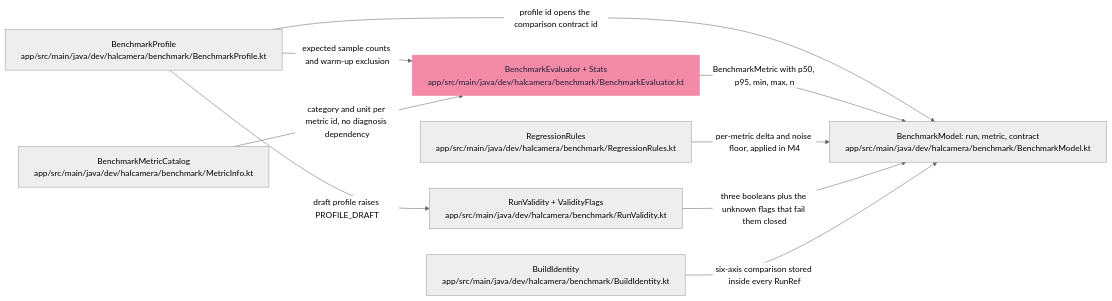
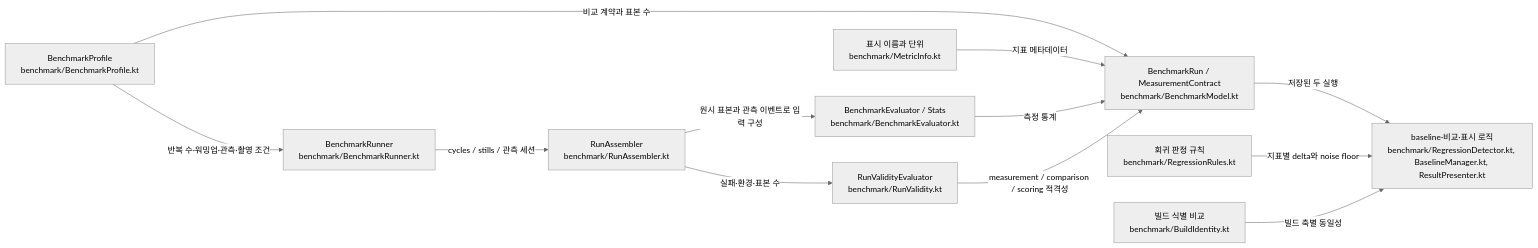
One commit to TTolsun/hal-camera changed the diagram in .omm/overall-architecture/benchmark/diagram.mmd. Above: the diagram before and after it, drawn with Mermaid (neutral theme). The commit also changed 73 other files, not shown here.

Commit message:
Fix guide freshness checks and refresh documented camera flows

```diff
--- a/.omm/overall-architecture/benchmark/diagram.mmd
+++ b/.omm/overall-architecture/benchmark/diagram.mmd
@@ -1,20 +1,22 @@
 graph LR
-    benchmark-profile["BenchmarkProfile\napp/src/main/java/dev/halcamera/benchmark/BenchmarkProfile.kt"]
-    benchmark-model["BenchmarkModel: run, metric, contract\napp/src/main/java/dev/halcamera/benchmark/BenchmarkModel.kt"]
-    benchmark-evaluator["BenchmarkEvaluator + Stats\napp/src/main/java/dev/halcamera/benchmark/BenchmarkEvaluator.kt"]
-    metric-info["BenchmarkMetricCatalog\napp/src/main/java/dev/halcamera/benchmark/MetricInfo.kt"]
-    regression-rules["RegressionRules\napp/src/main/java/dev/halcamera/benchmark/RegressionRules.kt"]
-    run-validity["RunValidity + ValidityFlags\napp/src/main/java/dev/halcamera/benchmark/RunValidity.kt"]
-    build-identity["BuildIdentity\napp/src/main/java/dev/halcamera/benchmark/BuildIdentity.kt"]
-
-    benchmark-profile -->|"profile id opens the comparison contract id"| benchmark-model
-    benchmark-profile -->|"expected sample counts and warm-up exclusion"| benchmark-evaluator
-    metric-info -->|"category and unit per metric id, no diagnosis dependency"| benchmark-evaluator
-    benchmark-evaluator -->|"BenchmarkMetric with p50, p95, min, max, n"| benchmark-model
-    regression-rules -->|"per-metric delta and noise floor, applied in M4"| benchmark-model
-    run-validity -->|"three booleans plus the unknown flags that fail them closed"| benchmark-model
-    build-identity -->|"six-axis comparison stored inside every RunRef"| benchmark-model
-    benchmark-profile -->|"draft profile raises PROFILE_DRAFT"| run-validity
-
-    classDef concern fill:#f38ba8,stroke:#f38ba8,color:#1e1e2e
-    class benchmark-evaluator concern
+    benchmark-profile["BenchmarkProfile\nbenchmark/BenchmarkProfile.kt"]
+    benchmark-model["BenchmarkRun / MeasurementContract\nbenchmark/BenchmarkModel.kt"]
+    benchmark-evaluator["BenchmarkEvaluator / Stats\nbenchmark/BenchmarkEvaluator.kt"]
+    metric-info["표시 이름과 단위\nbenchmark/MetricInfo.kt"]
+    regression-rules["회귀 판정 규칙\nbenchmark/RegressionRules.kt"]
+    run-validity["RunValidityEvaluator\nbenchmark/RunValidity.kt"]
+    build-identity["빌드 식별 비교\nbenchmark/BuildIdentity.kt"]
+    benchmark-runner["BenchmarkRunner\nbenchmark/BenchmarkRunner.kt"]
+    run-assembler["RunAssembler\nbenchmark/RunAssembler.kt"]
+    comparison["baseline·비교·표시 로직\nbenchmark/RegressionDetector.kt, BaselineManager.kt, ResultPresenter.kt"]
+    benchmark-profile -->|"반복 수·워밍업·관측·촬영 조건"| benchmark-runner
+    benchmark-runner -->|"cycles / stills / 관측 세션"| run-assembler
+    run-assembler -->|"원시 표본과 관측 이벤트로 입력 구성"| benchmark-evaluator
+    benchmark-profile -->|"비교 계약과 표본 수"| benchmark-model
+    metric-info -->|"지표 메타데이터"| benchmark-model
+    benchmark-evaluator -->|"측정 통계"| benchmark-model
+    run-assembler -->|"실패·환경·표본 수"| run-validity
+    run-validity -->|"measurement / comparison / scoring 적격성"| benchmark-model
+    benchmark-model -->|"저장된 두 실행"| comparison
+    regression-rules -->|"지표별 delta와 noise floor"| comparison
+    build-identity -->|"빌드 축별 동일성"| comparison
```
